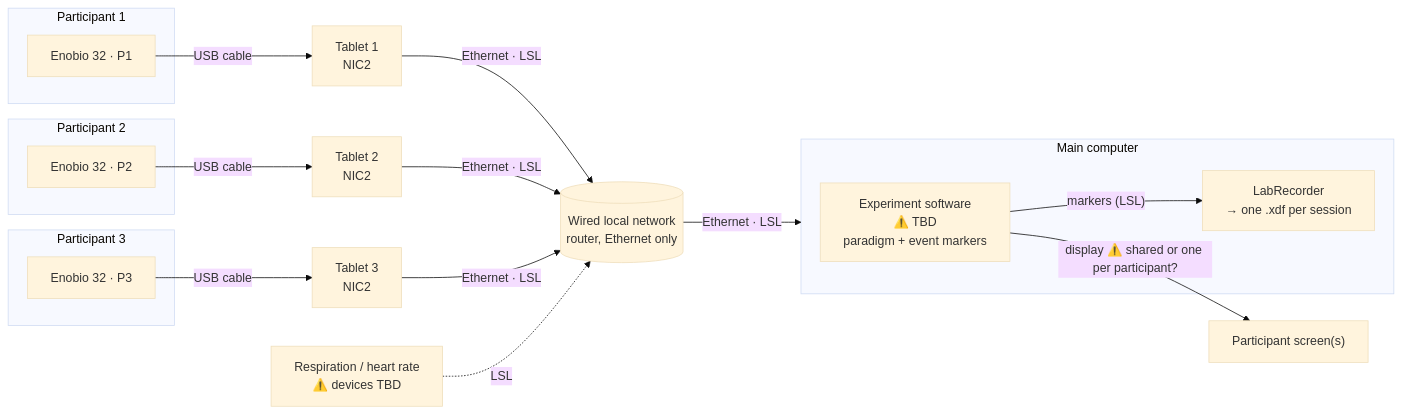
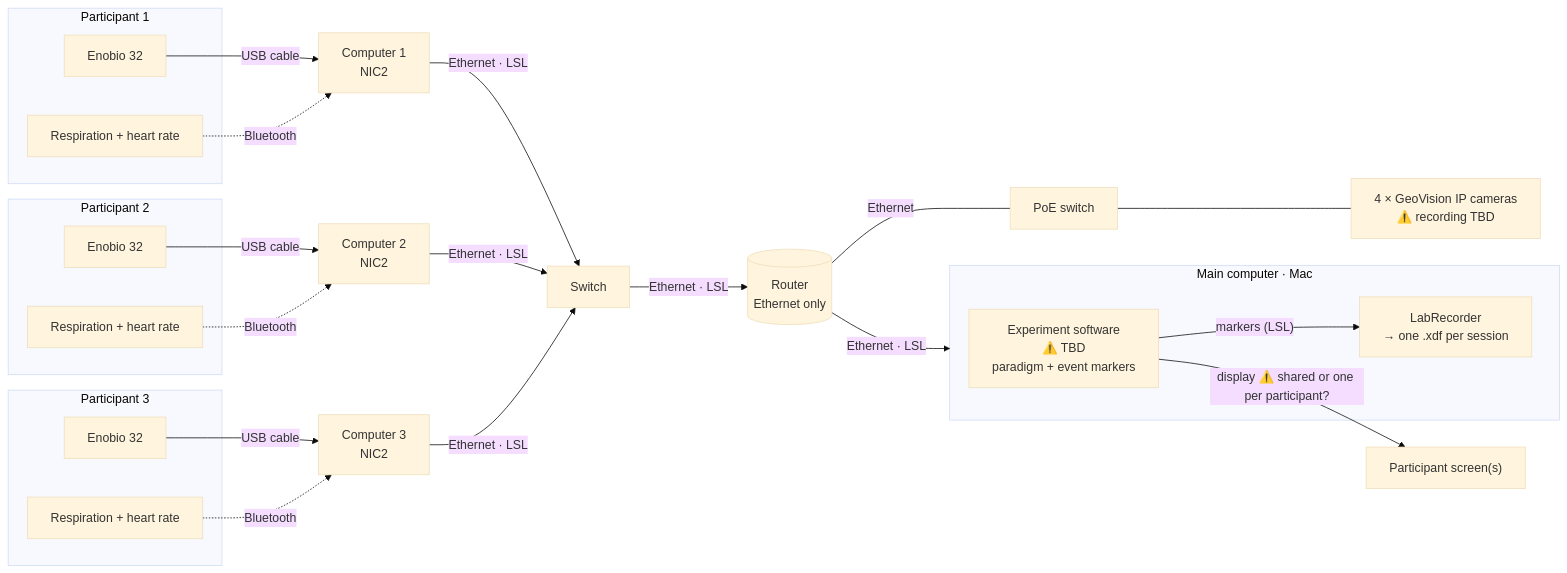
The diagram in README.md (FranckPrts/lab-intercom-study-cu), drawn with Mermaid (base theme) before and after one commit. The commit also changed other lines of this file and 3 other files, not shown here.

````diff
--- a/README.md
+++ b/README.md
@@ -31,32 +31,40 @@
 ```mermaid
 flowchart LR
     subgraph P1 [Participant 1]
-        E1[Enobio 32 · P1]
+        E1[Enobio 32]
+        B1["Respiration + heart rate"]
     end
     subgraph P2 [Participant 2]
-        E2[Enobio 32 · P2]
+        E2[Enobio 32]
+        B2["Respiration + heart rate"]
     end
     subgraph P3 [Participant 3]
-        E3[Enobio 32 · P3]
+        E3[Enobio 32]
+        B3["Respiration + heart rate"]
     end
 
-    E1 -- "USB cable" --> T1[Tablet 1<br/>NIC2]
-    E2 -- "USB cable" --> T2[Tablet 2<br/>NIC2]
-    E3 -- "USB cable" --> T3[Tablet 3<br/>NIC2]
+    E1 -- "USB cable" --> C1[Computer 1<br/>NIC2]
+    B1 -. "Bluetooth" .-> C1
+    E2 -- "USB cable" --> C2[Computer 2<br/>NIC2]
+    B2 -. "Bluetooth" .-> C2
+    E3 -- "USB cable" --> C3[Computer 3<br/>NIC2]
+    B3 -. "Bluetooth" .-> C3
 
-    T1 -- "Ethernet · LSL" --> SW[(Wired local network<br/>router, Ethernet only)]
-    T2 -- "Ethernet · LSL" --> SW
-    T3 -- "Ethernet · LSL" --> SW
+    C1 -- "Ethernet · LSL" --> SW1[Switch]
+    C2 -- "Ethernet · LSL" --> SW1
+    C3 -- "Ethernet · LSL" --> SW1
 
-    PHYS["Respiration / heart rate<br/>⚠️ devices TBD"] -. "LSL" .-> SW
+    SW1 -- "Ethernet · LSL" --> R[(Router<br/>Ethernet only)]
+    R -- "Ethernet" --- SW2[PoE switch]
+    SW2 --- CAMS["4 × GeoVision IP cameras<br/>⚠️ recording TBD"]
 
-    SW -- "Ethernet · LSL" --> MAIN
+    R -- "Ethernet · LSL" --> MAIN
 
-    subgraph MAIN [Main computer]
+    subgraph MAIN [Main computer · Mac]
         EXP["Experiment software<br/>⚠️ TBD<br/>paradigm + event markers"]
         LR["LabRecorder<br/>→ one .xdf per session"]
         EXP -- "markers (LSL)" --> LR
     end
 
     EXP -- "display ⚠️ shared or one per participant?" --> SCREENS["Participant screen(s)"]
 ```
````
